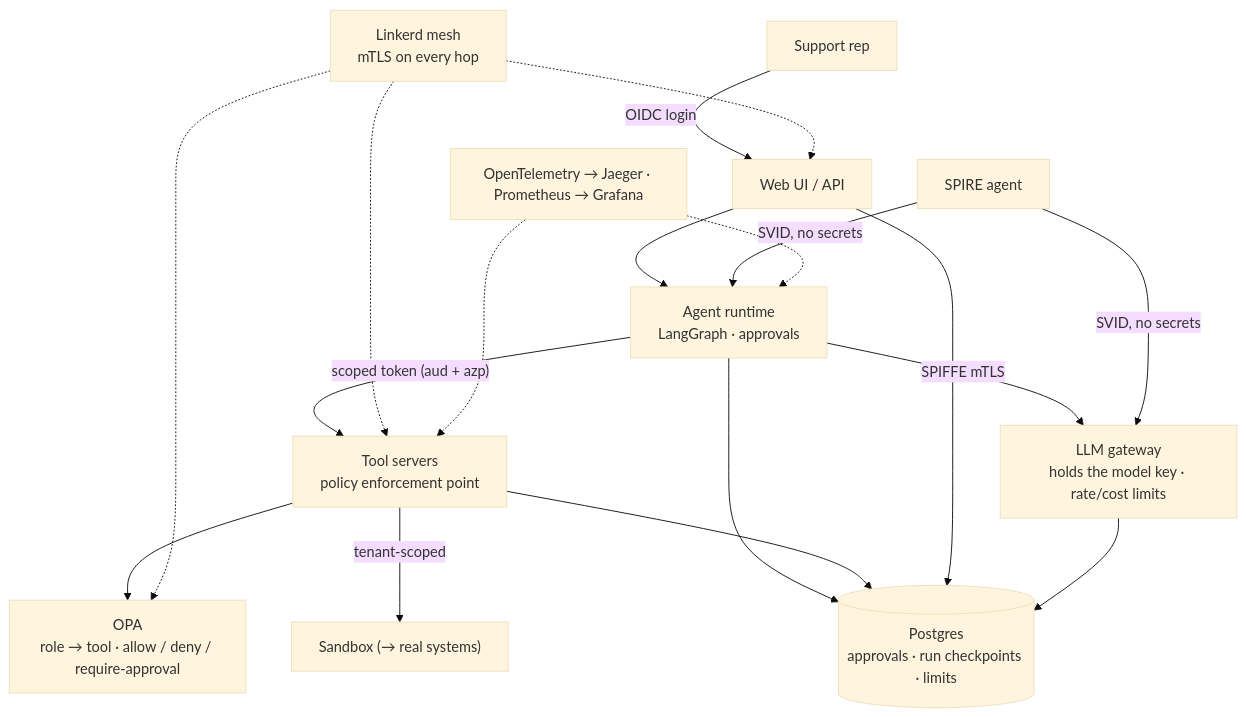
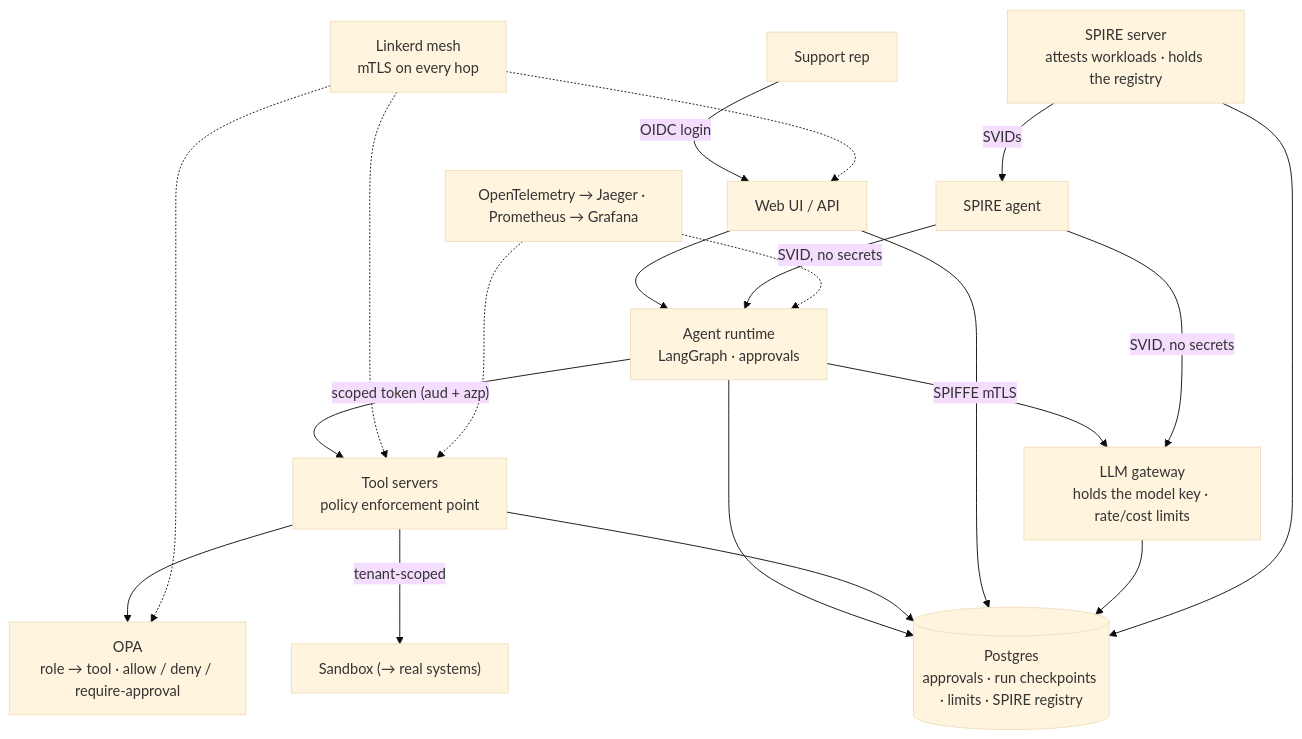
The diagram in README.md (fkadusei/agent-identity-platform), drawn with Mermaid (base theme) before and after one commit. The commit also changed 10 other files, not shown here.

````diff
--- a/README.md
+++ b/README.md
@@ -59,13 +59,15 @@
 ```mermaid
 flowchart TB
     U["Support rep"] -- "OIDC login" --> WEB["Web UI / API"]
     WEB --> AG["Agent runtime<br/>LangGraph · approvals"]
     AG -- "scoped token (aud + azp)" --> PEP["Tool servers<br/>policy enforcement point"]
     PEP --> OPA["OPA<br/>role → tool · allow / deny / require-approval"]
     PEP -- "tenant-scoped" --> SIM["Sandbox (→ real systems)"]
     AG -- "SPIFFE mTLS" --> GW["LLM gateway<br/>holds the model key · rate/cost limits"]
-    AG & PEP & WEB & GW --> PG[("Postgres<br/>approvals · run checkpoints · limits")]
-    SA["SPIRE agent"] -- "SVID, no secrets" --> AG & GW
+    AG & PEP & WEB & GW --> PG[("Postgres<br/>approvals · run checkpoints · limits · SPIRE registry")]
+    SS["SPIRE server<br/>attests workloads · holds the registry"] -- "SVIDs" --> SA["SPIRE agent"]
+    SA -- "SVID, no secrets" --> AG & GW
+    SS --> PG
     MESH["Linkerd mesh<br/>mTLS on every hop"] -.-> WEB & PEP & OPA
     OBS["OpenTelemetry → Jaeger · Prometheus → Grafana"] -.-> AG & PEP
 ```
````
